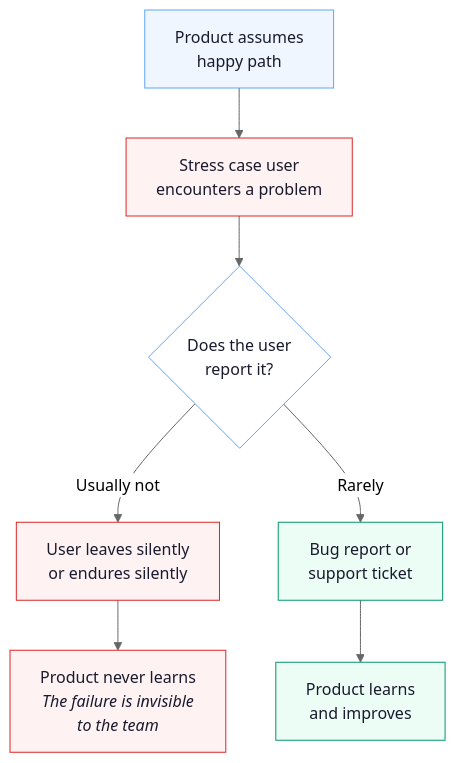
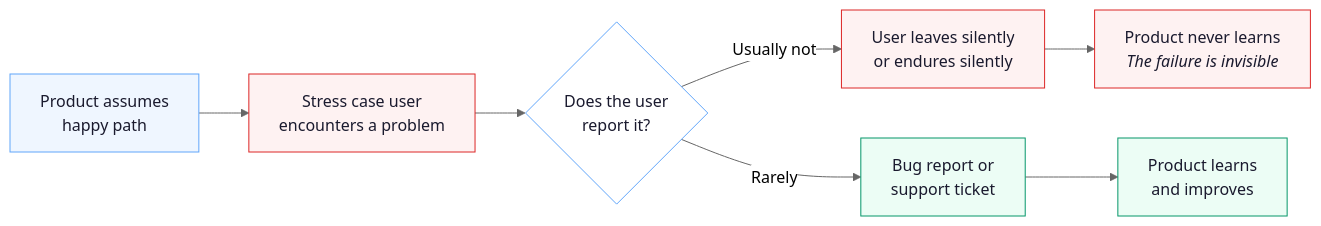
Before and after one commit to mugglemagic/markbasford.co.uk: the diagram in content/books/small-mercies/images/fig-11.2-the-silence-of-the-invisible-user.mmd, drawn with Mermaid (neutral theme). The commit also changed 14 other files, not shown here.

Commit message:
Add PDF generation scripts and update figure layouts for "Small Mercies"

```diff
--- a/content/books/small-mercies/images/fig-11.2-the-silence-of-the-invisible-user.mmd
+++ b/content/books/small-mercies/images/fig-11.2-the-silence-of-the-invisible-user.mmd
@@ -1,15 +1,15 @@
-graph TD
+graph LR
     A["Product assumes<br/>happy path"] --> B["Stress case user<br/>encounters a problem"]
     B --> C{"Does the user<br/>report it?"}
     C -->|"Usually not"| D["User leaves silently<br/>or endures silently"]
     C -->|"Rarely"| E["Bug report or<br/>support ticket"]
-    D --> F["Product never learns<br/><em>The failure is invisible<br/>to the team</em>"]
+    D --> F["Product never learns<br/><em>The failure is invisible</em>"]
     E --> G["Product learns<br/>and improves"]
 
     style A fill:#eff6ff,stroke:#60A5FA,color:#1a1a2e
     style B fill:#fef2f2,stroke:#dc2626,color:#1a1a2e
     style C fill:#fff,stroke:#60A5FA,color:#1a1a2e
     style D fill:#fef2f2,stroke:#dc2626,color:#1a1a2e
     style E fill:#ecfdf5,stroke:#059669,color:#1a1a2e
     style F fill:#fef2f2,stroke:#dc2626,color:#1a1a2e
     style G fill:#ecfdf5,stroke:#059669,color:#1a1a2e
```
